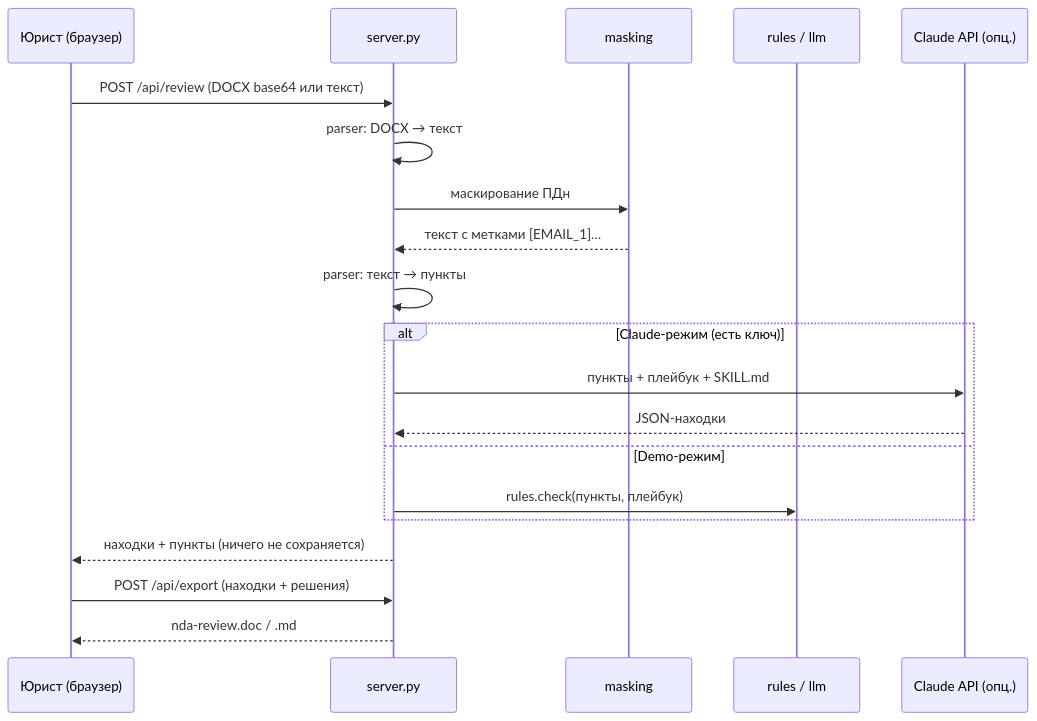
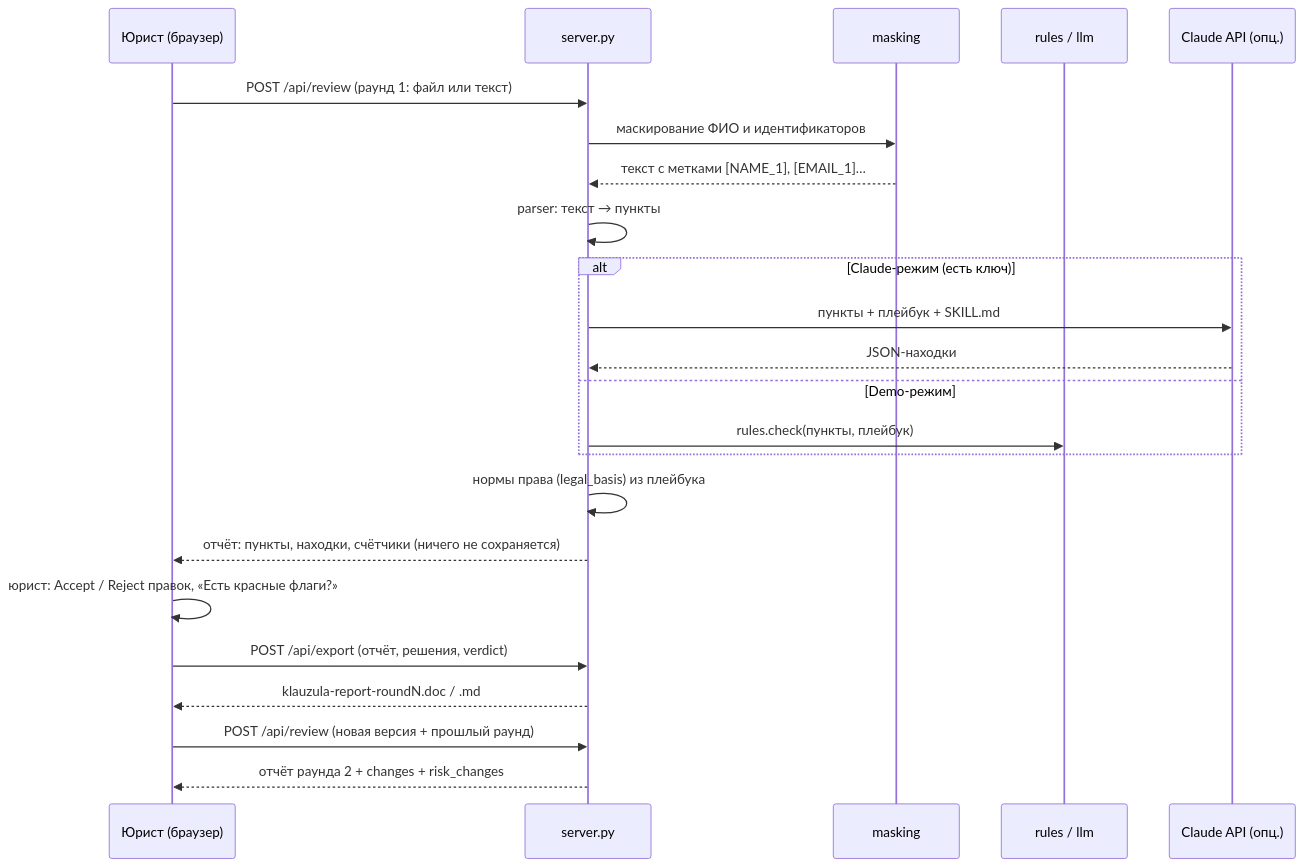
Before and after one commit to krikrash1508-max/AI_lawyer: the diagram in docs/03_architecture.md, drawn with Mermaid. The commit also changed other lines of this file and 12 other files, not shown here.

````diff
--- a/docs/03_architecture.md
+++ b/docs/03_architecture.md
@@ -87,22 +96,25 @@
 ```mermaid
 sequenceDiagram
     participant U as Юрист (браузер)
     participant S as server.py
     participant M as masking
     participant R as rules / llm
     participant C as Claude API (опц.)
-    U->>S: POST /api/review (DOCX base64 или текст)
-    S->>S: parser: DOCX → текст
-    S->>M: маскирование ПДн
-    M-->>S: текст с метками [EMAIL_1]…
+    U->>S: POST /api/review (раунд 1: файл или текст)
+    S->>M: маскирование ФИО и идентификаторов
+    M-->>S: текст с метками [NAME_1], [EMAIL_1]…
     S->>S: parser: текст → пункты
     alt Claude-режим (есть ключ)
         S->>C: пункты + плейбук + SKILL.md
         C-->>S: JSON-находки
     else Demo-режим
         S->>R: rules.check(пункты, плейбук)
     end
-    S-->>U: находки + пункты (ничего не сохраняется)
-    U->>S: POST /api/export (находки + решения)
-    S-->>U: nda-review.doc / .md
+    S->>S: нормы права (legal_basis) из плейбука
+    S-->>U: отчёт: пункты, находки, счётчики (ничего не сохраняется)
+    U->>U: юрист: Accept / Reject правок, «Есть красные флаги?»
+    U->>S: POST /api/export (отчёт, решения, verdict)
+    S-->>U: klauzula-report-roundN.doc / .md
+    U->>S: POST /api/review (новая версия + прошлый раунд)
+    S-->>U: отчёт раунда 2 + changes + risk_changes
 ```
````
